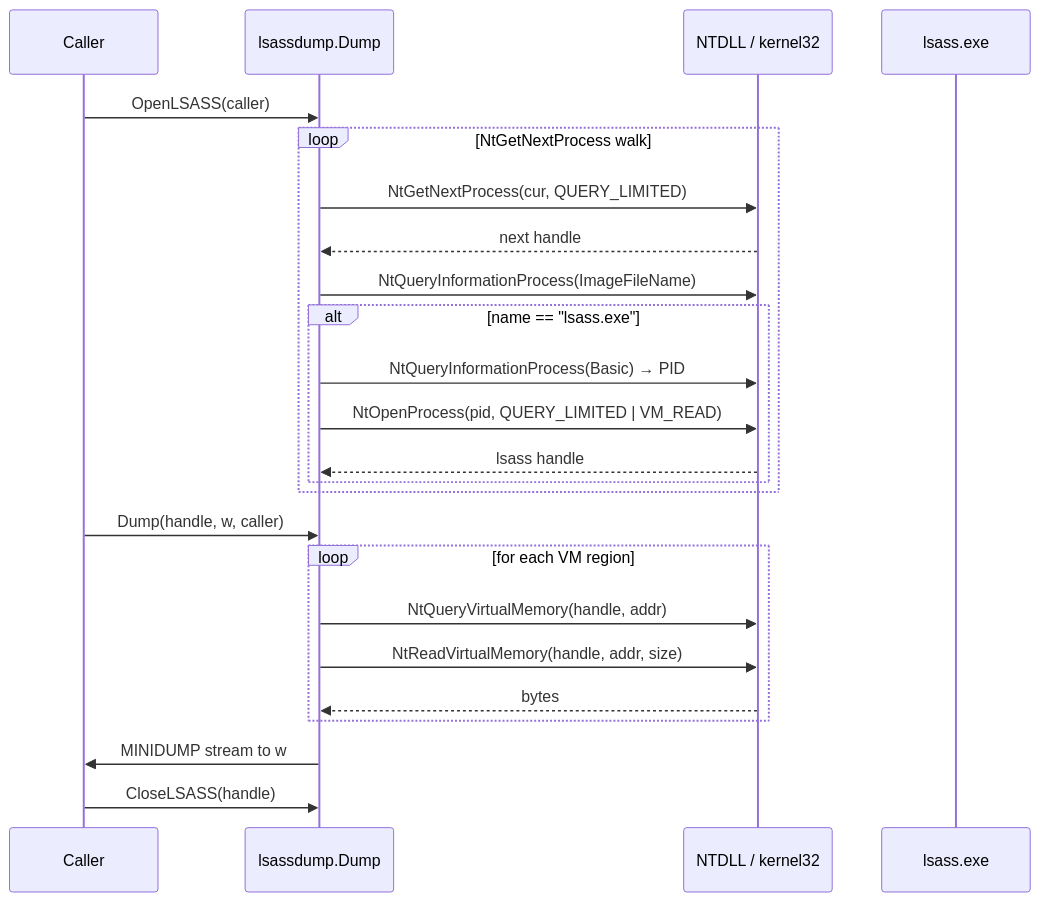
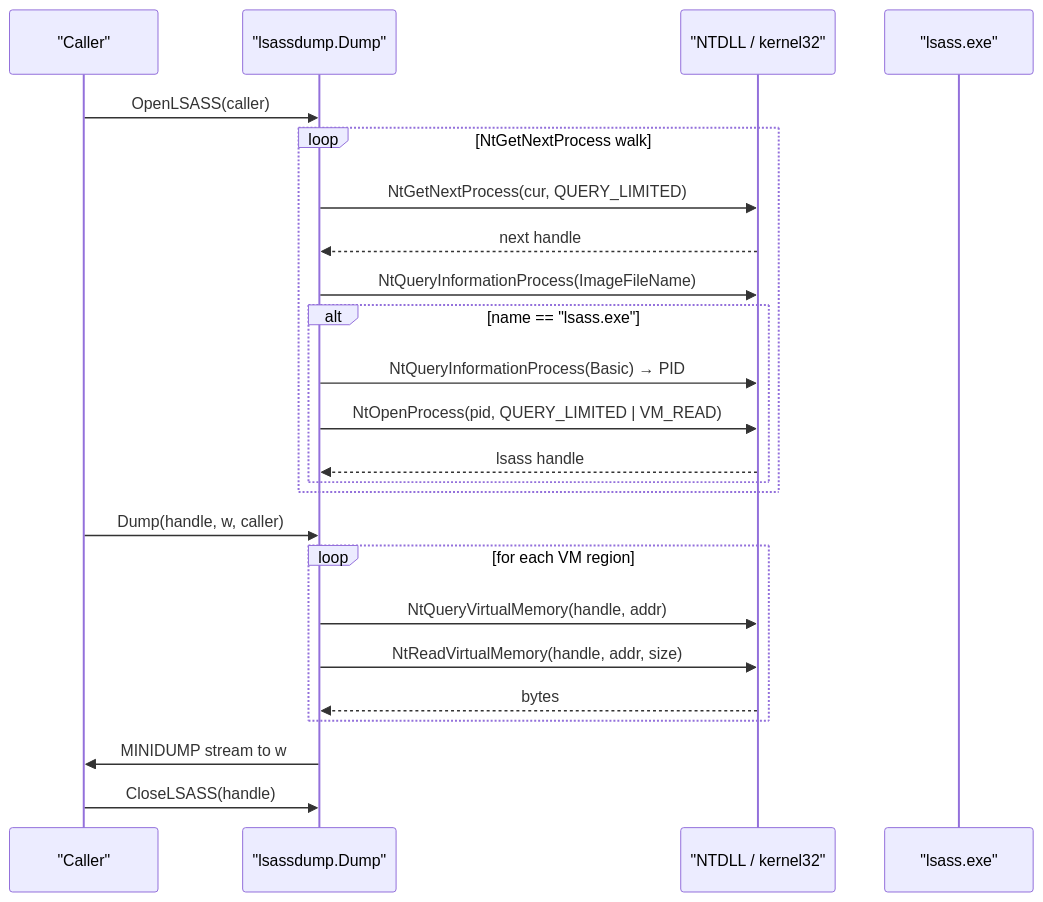
Before and after one commit to oioio-space/maldev: the diagram in docs/techniques/collection/lsass-dump.md, drawn with Mermaid. The commit also changed 52 other files, not shown here.

First line of the commit message:
fix(docs): quote multi-word Mermaid participant aliases — 11.2.0 strict-mode sweep

````diff
--- a/docs/techniques/collection/lsass-dump.md
+++ b/docs/techniques/collection/lsass-dump.md
@@ -51,27 +51,27 @@
 ```mermaid
 sequenceDiagram
-    participant C as Caller
-    participant D as lsassdump.Dump
-    participant K as NTDLL / kernel32
-    participant L as lsass.exe
+    participant C as "Caller"
+    participant D as "lsassdump.Dump"
+    participant K as "NTDLL / kernel32"
+    participant L as "lsass.exe"
 
     C->>D: OpenLSASS(caller)
     loop NtGetNextProcess walk
         D->>K: NtGetNextProcess(cur, QUERY_LIMITED)
         K-->>D: next handle
         D->>K: NtQueryInformationProcess(ImageFileName)
         alt name == "lsass.exe"
             D->>K: NtQueryInformationProcess(Basic) → PID
             D->>K: NtOpenProcess(pid, QUERY_LIMITED | VM_READ)
             K-->>D: lsass handle
         end
     end
     C->>D: Dump(handle, w, caller)
     loop for each VM region
         D->>K: NtQueryVirtualMemory(handle, addr)
         D->>K: NtReadVirtualMemory(handle, addr, size)
         K-->>D: bytes
     end
     D->>C: MINIDUMP stream to w
     C->>D: CloseLSASS(handle)
 ```
````
